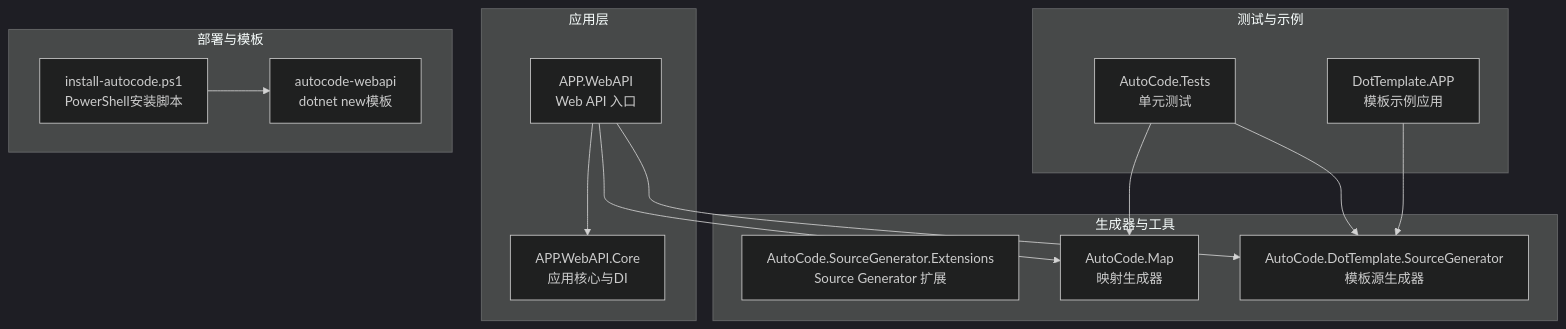
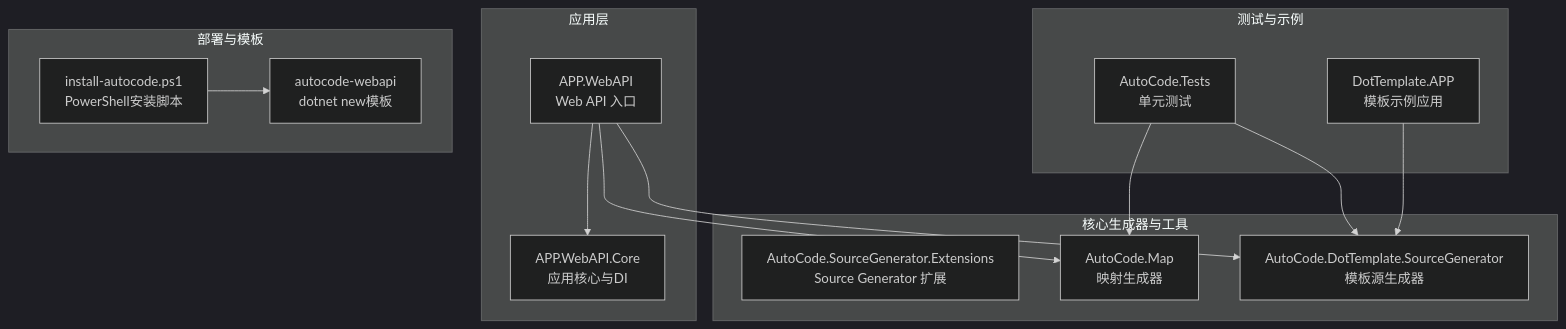
One commit to alivy/AutoCode changed the first of 8 diagrams in .qoder/repowiki/zh/content/部署与发布/部署与发布.md. Above: the diagram before and after it, drawn with Mermaid (dark theme). The commit also changed other lines of this file and 53 other files, not shown here.

````diff
--- a/.qoder/repowiki/zh/content/部署与发布/部署与发布.md
+++ b/.qoder/repowiki/zh/content/部署与发布/部署与发布.md
@@ -68,27 +69,27 @@
 ```mermaid
 graph TB
 subgraph "应用层"
 WebAPI["APP.WebAPI<br/>Web API 入口"]
 Core["APP.WebAPI.Core<br/>应用核心与DI"]
 end
-subgraph "生成器与工具"
+subgraph "核心生成器与工具"
 SGExt["AutoCode.SourceGenerator.Extensions<br/>Source Generator 扩展"]
 MapGen["AutoCode.Map<br/>映射生成器"]
 DotTplSG["AutoCode.DotTemplate.SourceGenerator<br/>模板源生成器"]
 end
 subgraph "测试与示例"
 Tests["AutoCode.Tests<br/>单元测试"]
 DotApp["DotTemplate.APP<br/>模板示例应用"]
 end
 subgraph "部署与模板"
 InstallScript["install-autocode.ps1<br/>PowerShell安装脚本"]
 WebApiTemplate["autocode-webapi<br/>dotnet new模板"]
 end
 WebAPI --> Core
 WebAPI --> MapGen
 WebAPI --> DotTplSG
 Tests --> MapGen
 Tests --> DotTplSG
 DotApp --> DotTplSG
 InstallScript --> WebApiTemplate
 ```
````
